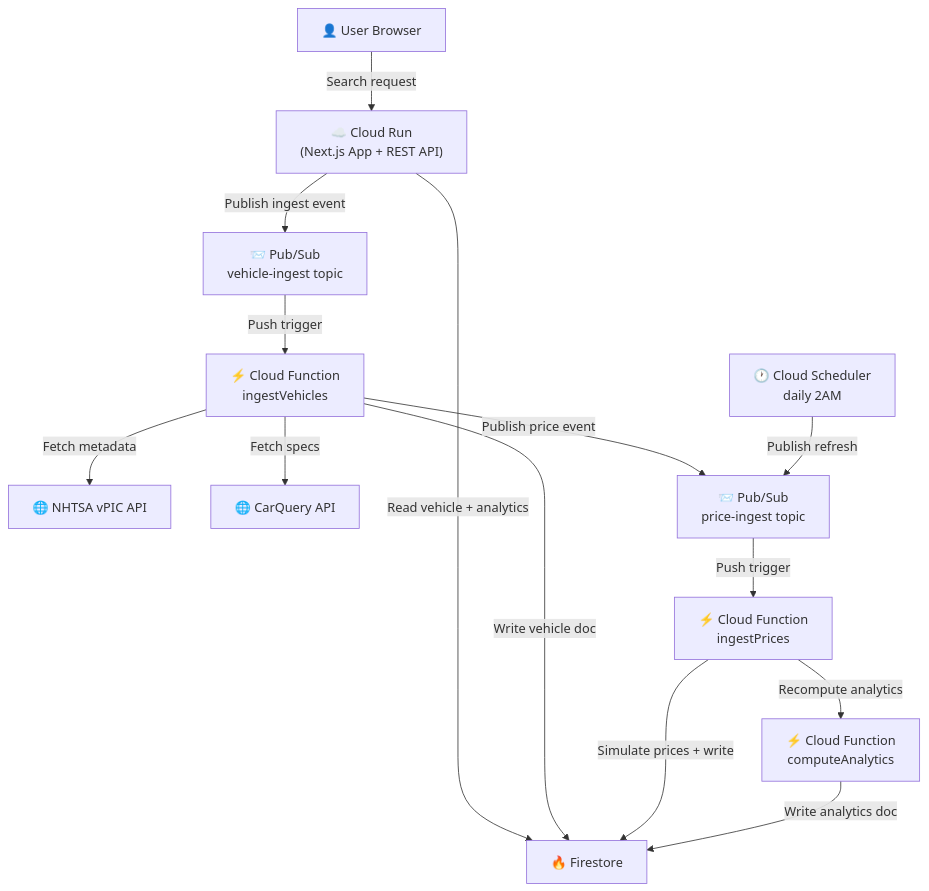
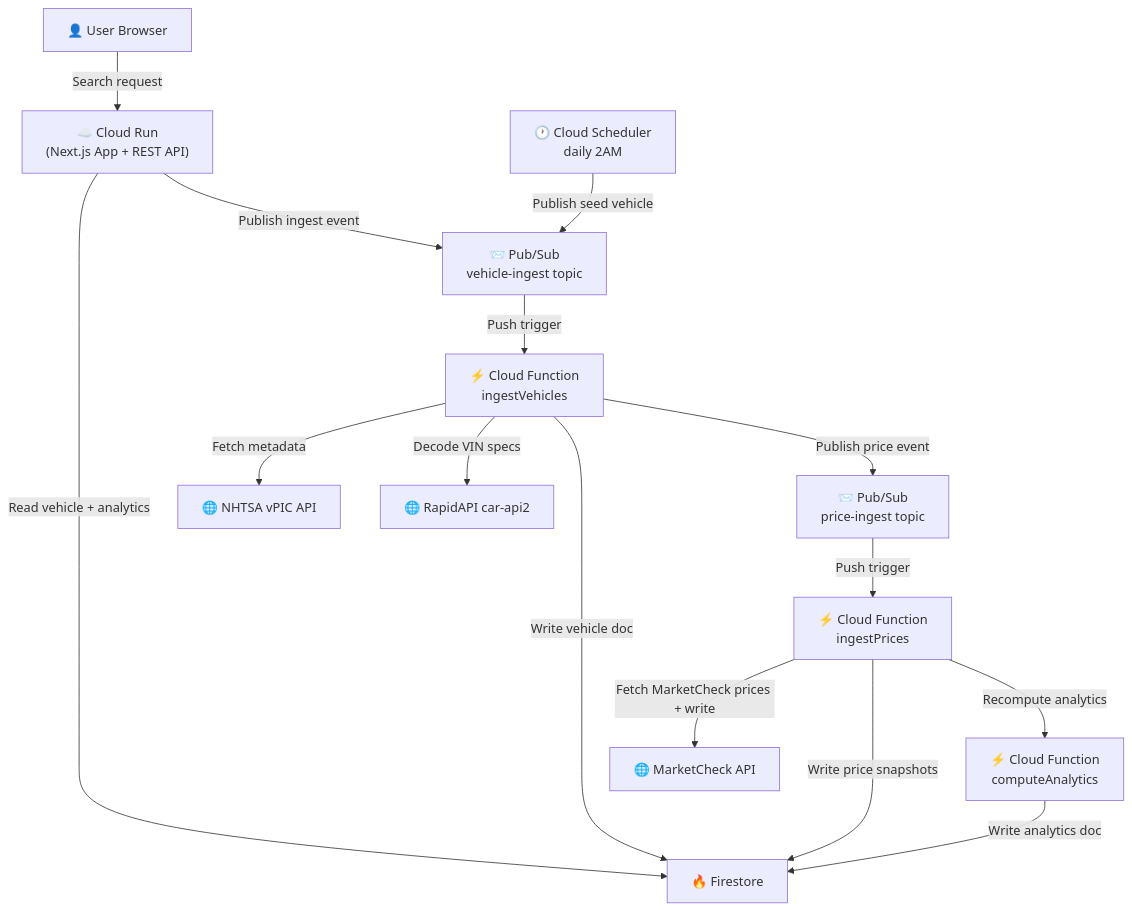
Before and after one commit to ethCS/vehicle-market-tracker: the diagram in docs/architecture.md, drawn with Mermaid. The commit also changed 30 other files, not shown here.

````diff
--- a/docs/architecture.md
+++ b/docs/architecture.md
@@ -3,16 +3,17 @@
 ```mermaid
 flowchart TD
     User["👤 User Browser"] -->|Search request| CR["☁️ Cloud Run\n(Next.js App + REST API)"]
     CR -->|Read vehicle + analytics| FS["🔥 Firestore"]
     CR -->|Publish ingest event| PS1["📨 Pub/Sub\nvehicle-ingest topic"]
     PS1 -->|Push trigger| CF1["⚡ Cloud Function\ningestVehicles"]
     CF1 -->|Fetch metadata| NHTSA["🌐 NHTSA vPIC API"]
-    CF1 -->|Fetch specs| CQ["🌐 CarQuery API"]
+    CF1 -->|Decode VIN specs| RAPID["🌐 RapidAPI car-api2"]
     CF1 -->|Write vehicle doc| FS
     CF1 -->|Publish price event| PS2["📨 Pub/Sub\nprice-ingest topic"]
     PS2 -->|Push trigger| CF2["⚡ Cloud Function\ningestPrices"]
-    CF2 -->|Simulate prices + write| FS
+    CF2 -->|Fetch MarketCheck prices + write| MC["🌐 MarketCheck API"]
+    CF2 -->|Write price snapshots| FS
     CF2 -->|Recompute analytics| CF3["⚡ Cloud Function\ncomputeAnalytics"]
     CF3 -->|Write analytics doc| FS
-    SCHED["🕐 Cloud Scheduler\ndaily 2AM"] -->|Publish refresh| PS2
+    SCHED["🕐 Cloud Scheduler\ndaily 2AM"] -->|Publish seed vehicle| PS1
 ```
````
